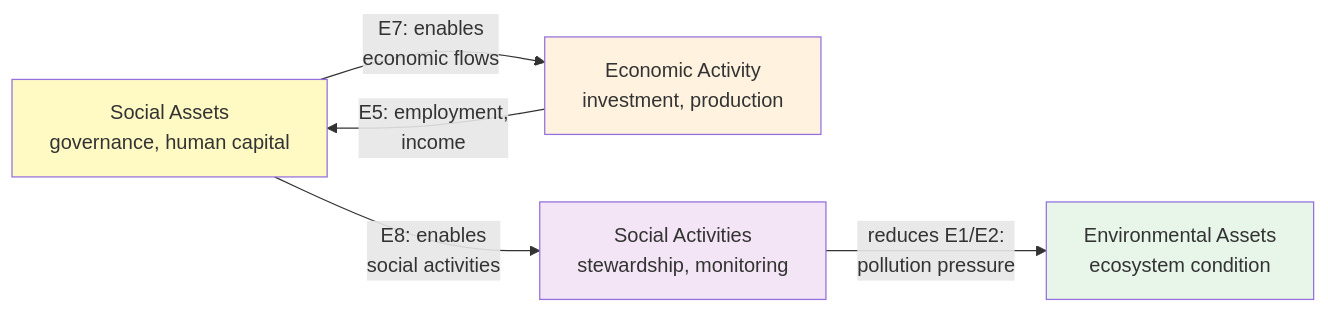
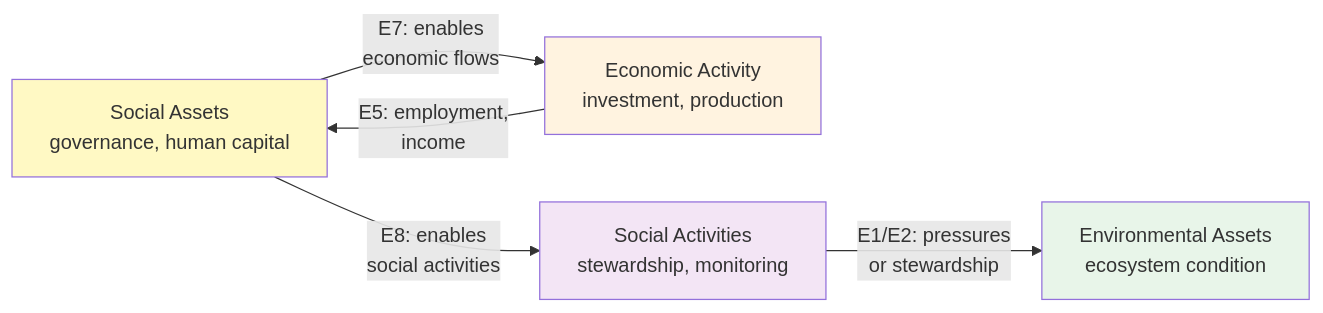
The fourth of 5 diagrams in social-accounts-prototype/01-logic-chains.md (MariaGAlarcon/ocean-accounts-expert), drawn with Mermaid before and after one commit. The commit also changed other lines of this file and 8 other files, not shown here.

````diff
--- a/social-accounts-prototype/01-logic-chains.md
+++ b/social-accounts-prototype/01-logic-chains.md
@@ -188,12 +190,12 @@
 ```mermaid
 graph LR
     SG2[Social Assets<br/>governance, human capital] -->|E7: enables<br/>economic flows| FG1[Economic Activity<br/>investment, production]
     SG2 -->|E8: enables<br/>social activities| FG2[Social Activities<br/>stewardship, monitoring]
-    FG2 -->|reduces E1/E2:<br/>pollution pressure| SG3[Environmental Assets<br/>ecosystem condition]
+    FG2 -->|E1/E2: pressures<br/>or stewardship| SG3[Environmental Assets<br/>ecosystem condition]
     FG1 -->|E5: employment,<br/>income| SG2
 
     style SG2 fill:#fff9c4
     style FG1 fill:#fff3e0
     style FG2 fill:#f3e5f5
     style SG3 fill:#e8f5e9
 ```
````
